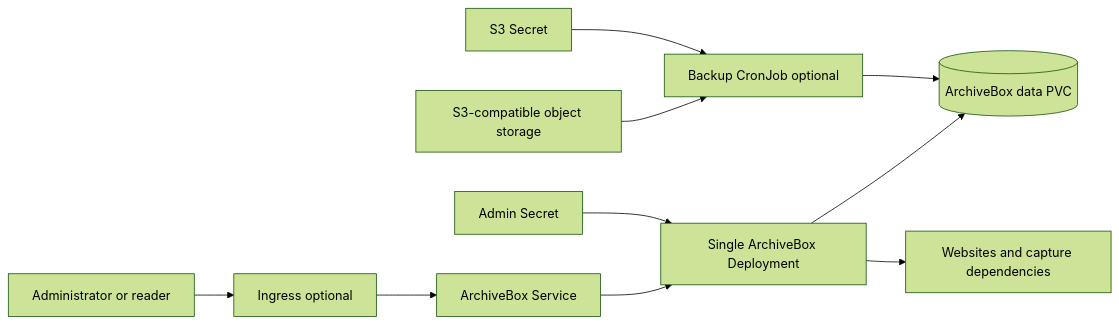
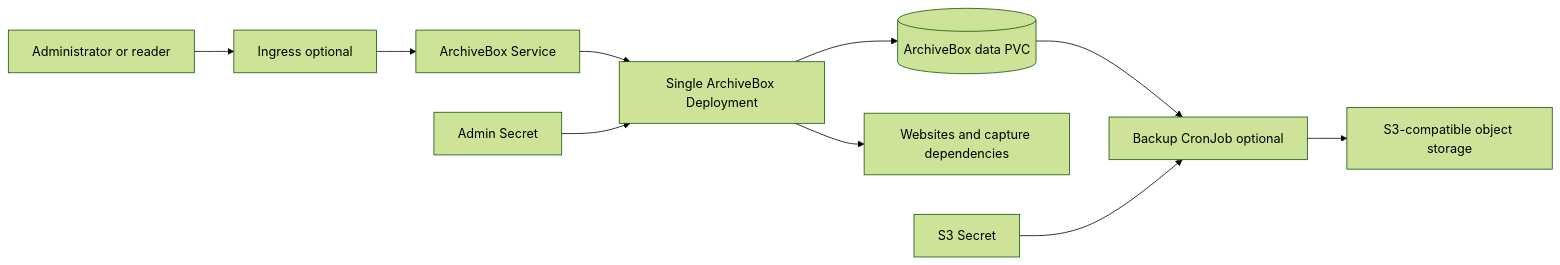
One commit to helmforgedev/charts changed the diagram in charts/archivebox/DESIGN.md. Above: the diagram before and after it, drawn with Mermaid (forest theme). The commit also changed other lines of this file and 7 other files, not shown here.

````diff
--- a/charts/archivebox/DESIGN.md
+++ b/charts/archivebox/DESIGN.md
@@ -16,12 +16,12 @@
 ```mermaid
 flowchart LR
   user[Administrator or reader] --> edge[Ingress optional]
   edge --> service[ArchiveBox Service]
   service --> app[Single ArchiveBox Deployment]
   admin[Admin Secret] --> app
   app --> data[(ArchiveBox data PVC)]
   app --> web[Websites and capture dependencies]
-  cron[Backup CronJob optional] --> data
-  s3[S3-compatible object storage] --> cron
+  data --> cron[Backup CronJob optional]
+  cron --> s3[S3-compatible object storage]
   s3secret[S3 Secret] --> cron
 ```
````
